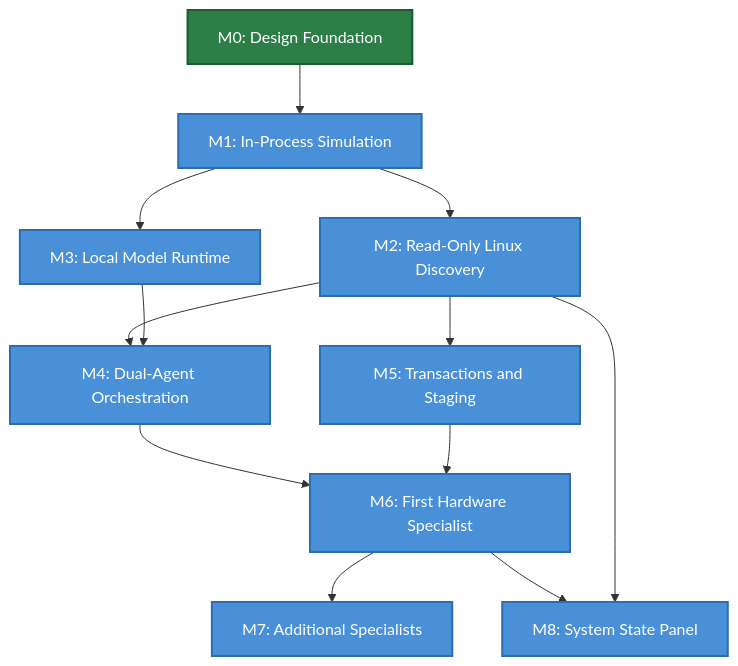
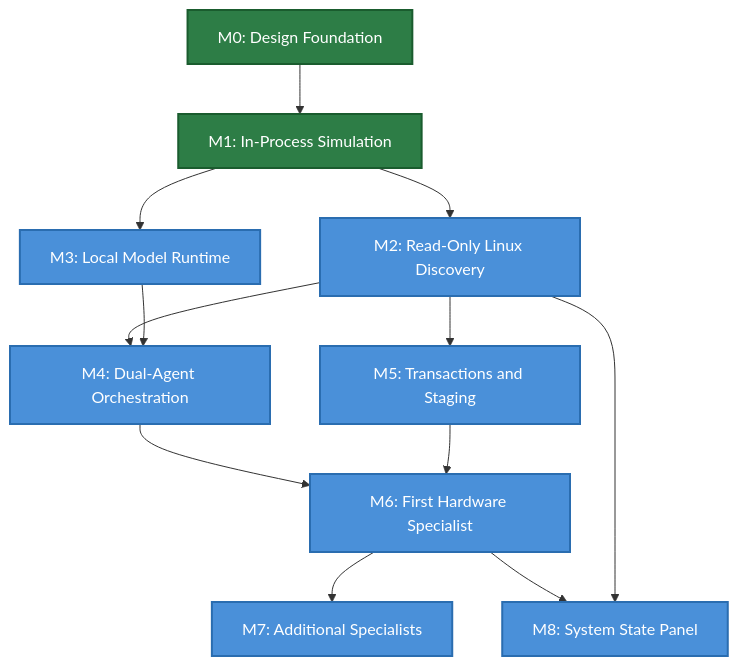
Before and after one commit to cse-creative-systems-engineering/aios: the diagram in docs/implementation-roadmap.md, drawn with Mermaid. The commit also changed other lines of this file and 13 other files, not shown here.

````diff
--- a/docs/implementation-roadmap.md
+++ b/docs/implementation-roadmap.md
@@ -30,21 +30,21 @@
 ```mermaid
 graph TD
     M0[M0: Design Foundation] --> M1[M1: In-Process Simulation]
     M1 --> M2[M2: Read-Only Linux Discovery]
     M1 --> M3[M3: Local Model Runtime]
     M2 --> M4[M4: Dual-Agent Orchestration]
     M3 --> M4
     M2 --> M5[M5: Transactions and Staging]
     M4 --> M6[M6: First Hardware Specialist]
     M5 --> M6
     M6 --> M7[M7: Additional Specialists]
     M6 --> M8[M8: System State Panel]
     M2 --> M8
 
     classDef done fill:#2d7d46,color:#fff,stroke:#1a5c2e,stroke-width:2px
     classDef current fill:#d4a017,color:#fff,stroke:#a07c10,stroke-width:2px
     classDef planned fill:#4a90d9,color:#fff,stroke:#2a6db0,stroke-width:2px
 
-    class M0 done
-    class M1,M2,M3,M4,M5,M6,M7,M8 planned
+    class M0,M1 done
+    class M2,M3,M4,M5,M6,M7,M8 planned
 ```
````
